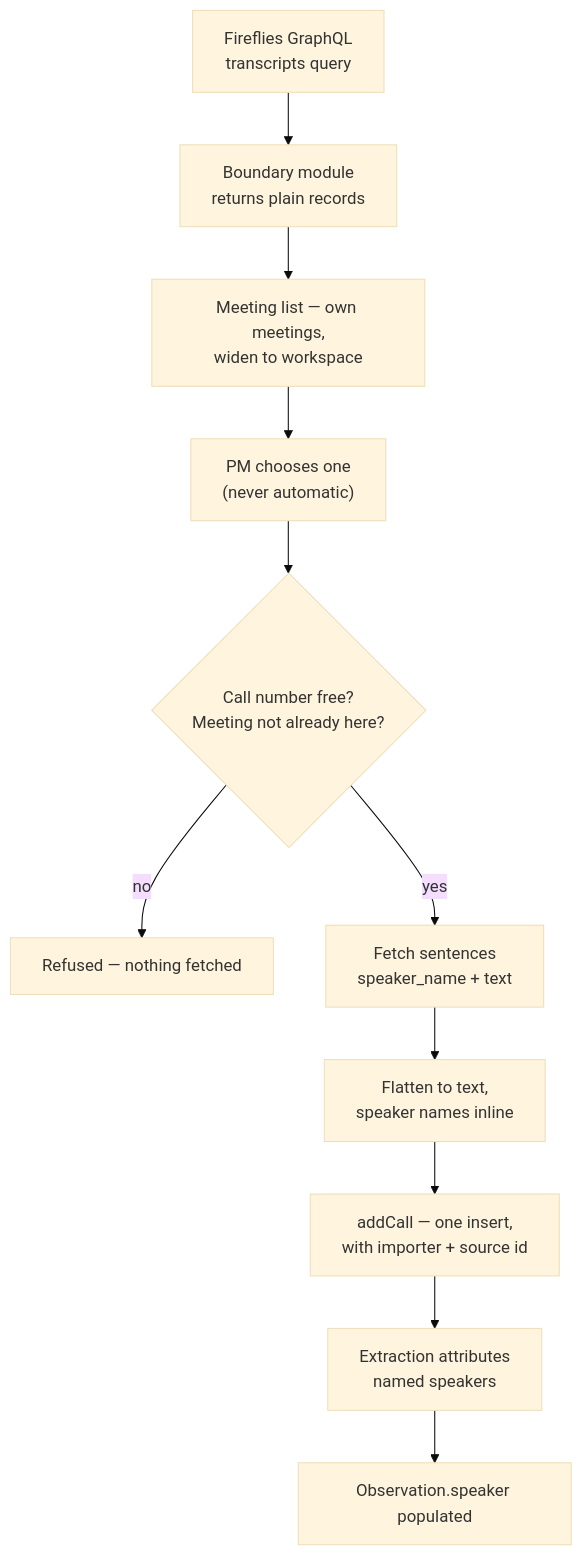
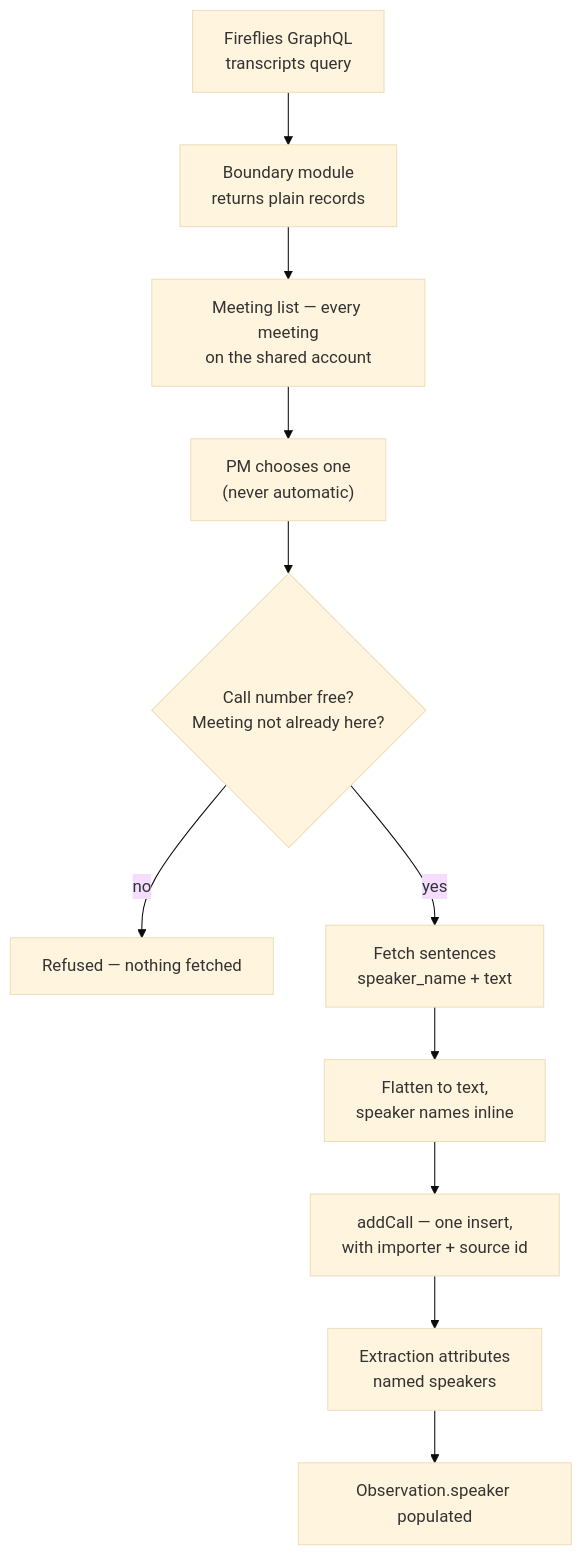
The first of 2 diagrams in docs/plans/2026-07-28-003-feat-l1-completion-plan.md (harshit-20719/TARS), drawn with Mermaid (base theme) before and after one commit. The commit also changed other lines of this file, not shown here.

````diff
--- a/docs/plans/2026-07-28-003-feat-l1-completion-plan.md
+++ b/docs/plans/2026-07-28-003-feat-l1-completion-plan.md
@@ -289,13 +290,13 @@
 ```mermaid
 flowchart TB
   A["Fireflies GraphQL<br/>transcripts query"] --> B["Boundary module<br/>returns plain records"]
-  B --> C["Meeting list — own meetings,<br/>widen to workspace"]
+  B --> C["Meeting list — every meeting<br/>on the shared account"]
   C --> D["PM chooses one<br/>(never automatic)"]
   D --> E{"Call number free?<br/>Meeting not already here?"}
   E -->|no| F["Refused — nothing fetched"]
   E -->|yes| G["Fetch sentences<br/>speaker_name + text"]
   G --> H["Flatten to text,<br/>speaker names inline"]
   H --> I["addCall — one insert,<br/>with importer + source id"]
   I --> J["Extraction attributes<br/>named speakers"]
   J --> K["Observation.speaker populated"]
 ```
````
